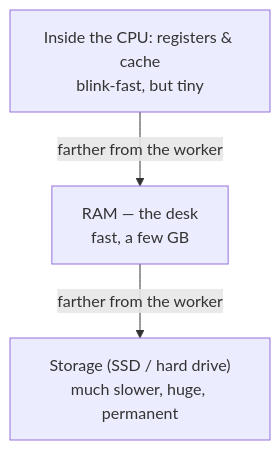
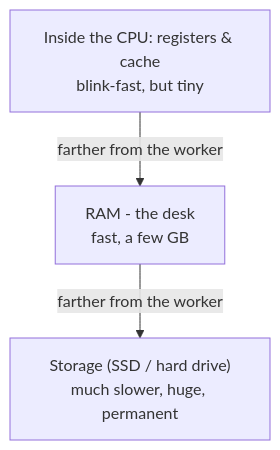
One commit to Topurrra/themissingmanual changed the third of 4 diagrams in guides/hardware/how-a-computer-works/02-running-a-program.md. Above: the diagram before and after it, drawn with Mermaid. The commit also changed other lines of this file and 1072 other files, not shown here.

````diff
--- a/guides/hardware/how-a-computer-works/02-running-a-program.md
+++ b/guides/hardware/how-a-computer-works/02-running-a-program.md
@@ -59,8 +59,8 @@
 ```mermaid
 flowchart TD
   Cache["Inside the CPU: registers &amp; cache<br/>blink-fast, but tiny"]
-  RAM["RAM — the desk<br/>fast, a few GB"]
+  RAM["RAM - the desk<br/>fast, a few GB"]
   Storage["Storage (SSD / hard drive)<br/>much slower, huge, permanent"]
   Cache -->|farther from the worker| RAM
   RAM -->|farther from the worker| Storage
 ```
````
